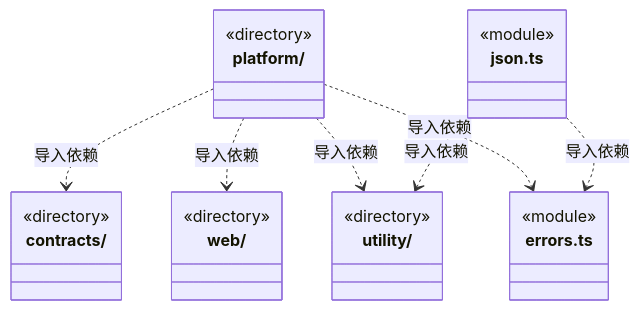
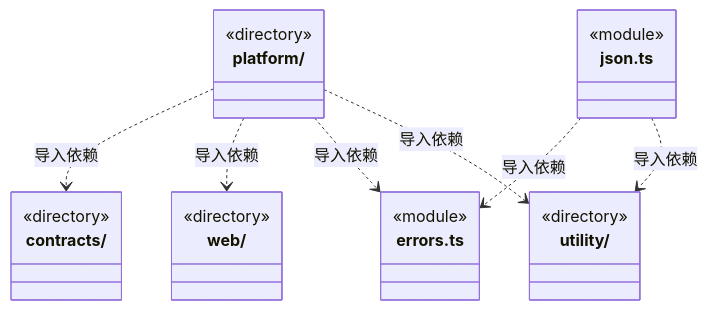
Before and after one commit to nan023062/cbim: the first of 4 diagrams in src/core/ARCHITECTURE.md, drawn with Mermaid. The commit also changed other lines of this file and 112 other files, not shown here.

Commit message:
docs: align source architecture with current declarations and contracts

````diff
--- a/src/core/ARCHITECTURE.md
+++ b/src/core/ARCHITECTURE.md
@@ -76,27 +76,27 @@
 ```mermaid
 classDiagram
 class N_src_core_contracts["contracts/"] {
   <<directory>>
 }
 class N_src_core_platform["platform/"] {
   <<directory>>
 }
 class N_src_core_utility["utility/"] {
   <<directory>>
 }
 class N_src_core_web["web/"] {
   <<directory>>
 }
 class N_src_core_errors_ts["errors.ts"] {
   <<module>>
 }
 class N_src_core_json_ts["json.ts"] {
   <<module>>
 }
+N_src_core_json_ts ..> N_src_core_errors_ts : 导入依赖
 N_src_core_json_ts ..> N_src_core_utility : 导入依赖
-N_src_core_json_ts ..> N_src_core_errors_ts : 导入依赖
 N_src_core_platform ..> N_src_core_contracts : 导入依赖
 N_src_core_platform ..> N_src_core_web : 导入依赖
 N_src_core_platform ..> N_src_core_errors_ts : 导入依赖
 N_src_core_platform ..> N_src_core_utility : 导入依赖
 ```
````
